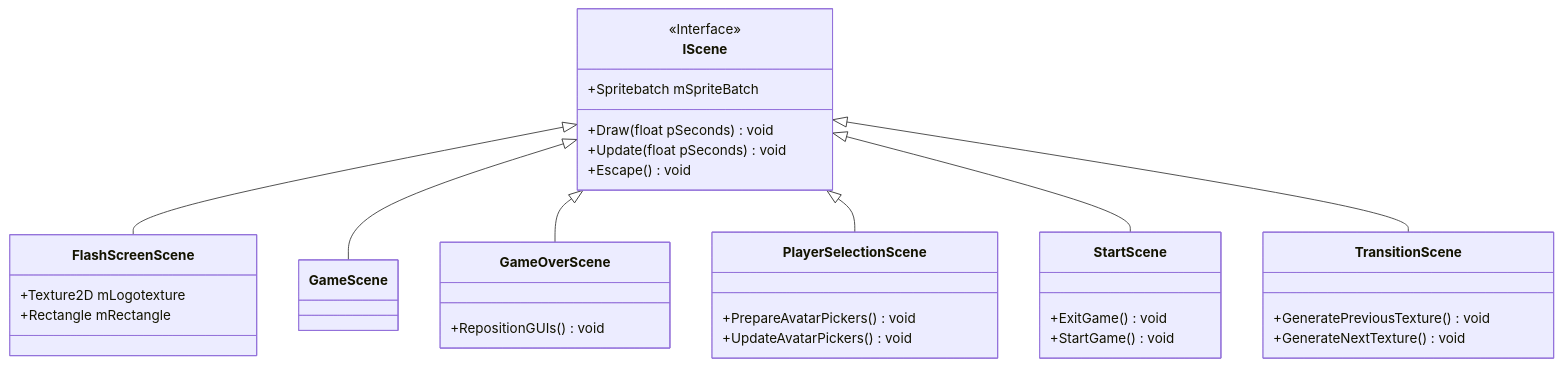
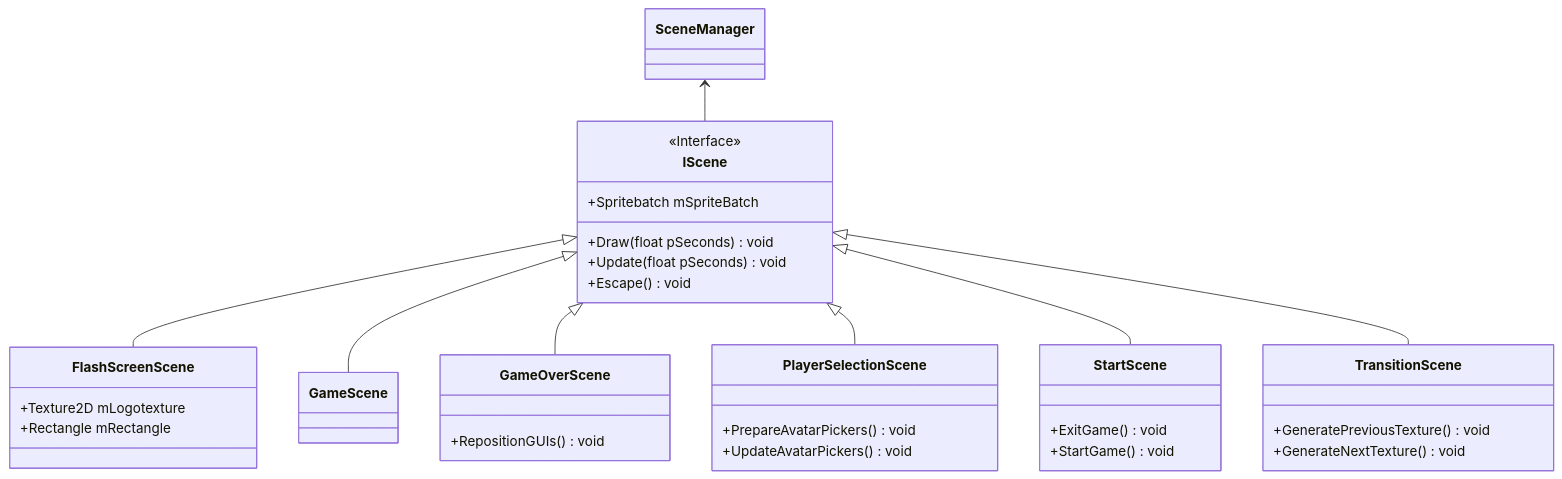
The diagram in README.md (Spoingus/TroublesomeTanks_CDP), drawn with Mermaid before and after one commit.

````diff
--- a/README.md
+++ b/README.md
@@ -1,38 +1,39 @@
 ```mermaid
 classDiagram
     IScene <|-- FlashScreenScene
     IScene <|-- GameScene
     IScene <|-- GameOverScene
     IScene <|-- PlayerSelectionScene
     IScene <|-- StartScene
     IScene <|-- TransitionScene
+    SceneManager <-- IScene
     <<Interface>> IScene
 
     IScene : +Spritebatch mSpriteBatch
     IScene : +Draw(float pSeconds) void
     IScene : +Update(float pSeconds) void
     IScene : +Escape() void
 
     class FlashScreenScene{
         +Texture2D mLogotexture
         +Rectangle mRectangle
     }
     class GameScene{
         
     }
     class GameOverScene{
         +RepositionGUIs() void
     }
     class PlayerSelectionScene{
         +PrepareAvatarPickers() void
         +UpdateAvatarPickers() void
     }
     class StartScene{
         +ExitGame() void
         +StartGame() void
     }
     class TransitionScene{
         +GeneratePreviousTexture() void
         +GenerateNextTexture() void
     }
 ```
````
